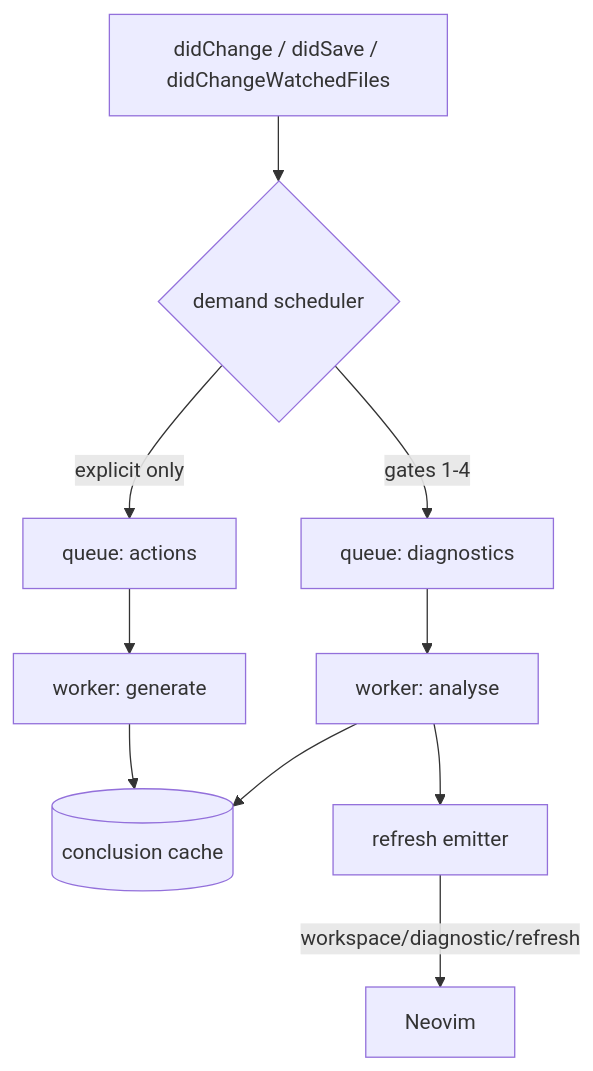
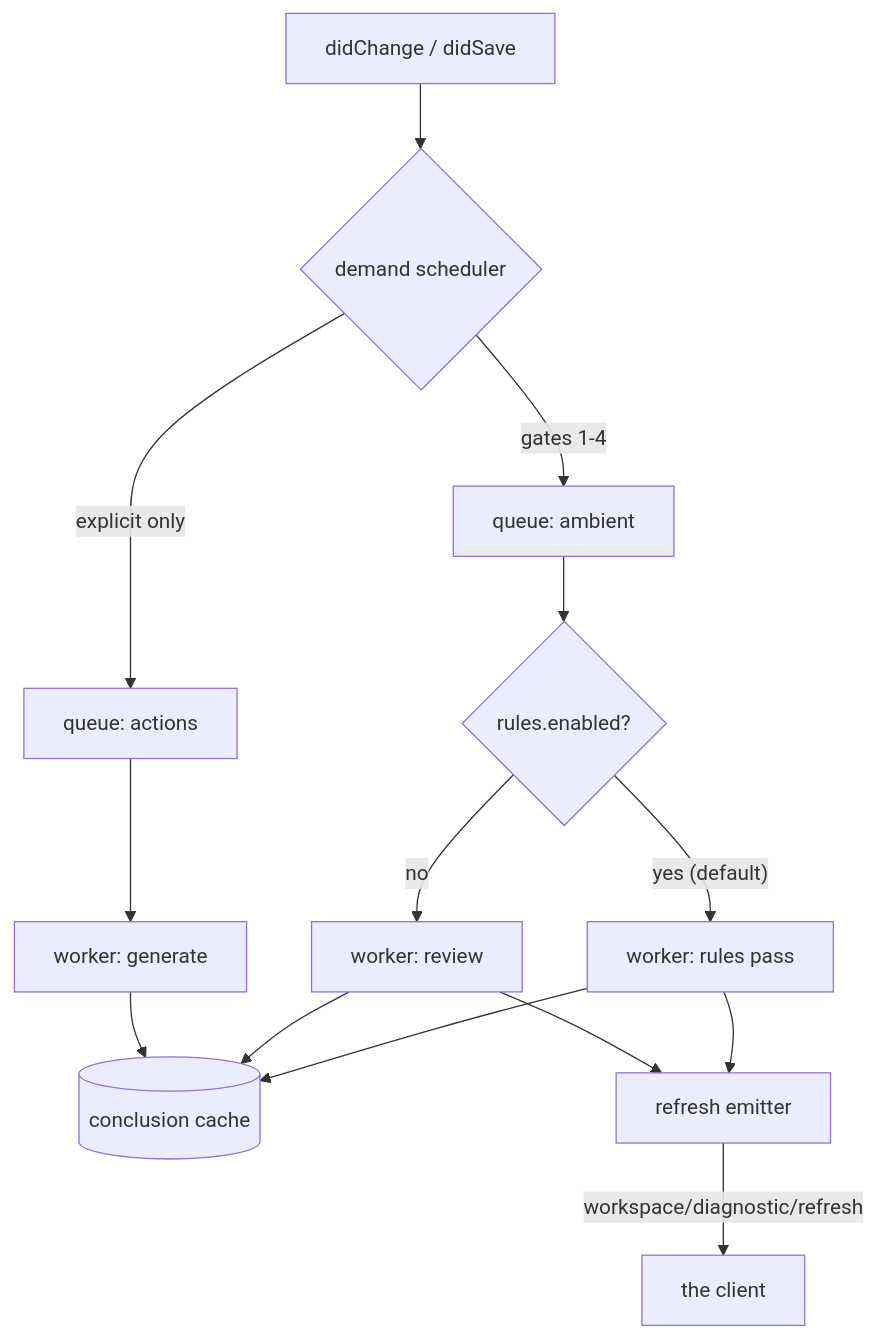
Before and after one commit to makefunstuff/jev-lsp: the second of 2 diagrams in docs/ARCHITECTURE.md, drawn with Mermaid. The commit also changed other lines of this file and 116 other files, not shown here.

Commit message:
the workspace is jev, and the ambient pass is the repository's own rules

````diff
--- a/docs/ARCHITECTURE.md
+++ b/docs/ARCHITECTURE.md
@@ -93,12 +143,16 @@
 ```mermaid
 graph TB
-  CH[didChange / didSave / didChangeWatchedFiles] --> D{demand scheduler}
-  D -->|"gates 1-4"| Q1[queue: diagnostics]
+  CH[didChange / didSave] --> D{demand scheduler}
+  D -->|"gates 1-4"| Q1[queue: ambient]
   D -->|"explicit only"| Q3[queue: actions]
-  Q1 --> W1[worker: analyse]
+  Q1 --> W1{rules.enabled?}
+  W1 -->|"yes (default)"| WR[worker: rules pass]
+  W1 -->|"no"| W2[worker: review]
   Q3 --> W3[worker: generate]
-  W1 --> C[(conclusion cache)]
+  WR --> C[(conclusion cache)]
+  W2 --> C
   W3 --> C
-  W1 --> R[refresh emitter]
-  R -->|"workspace/diagnostic/refresh"| NV[Neovim]
+  WR --> R[refresh emitter]
+  W2 --> R
+  R -->|"workspace/diagnostic/refresh"| NV[the client]
 ```
````
